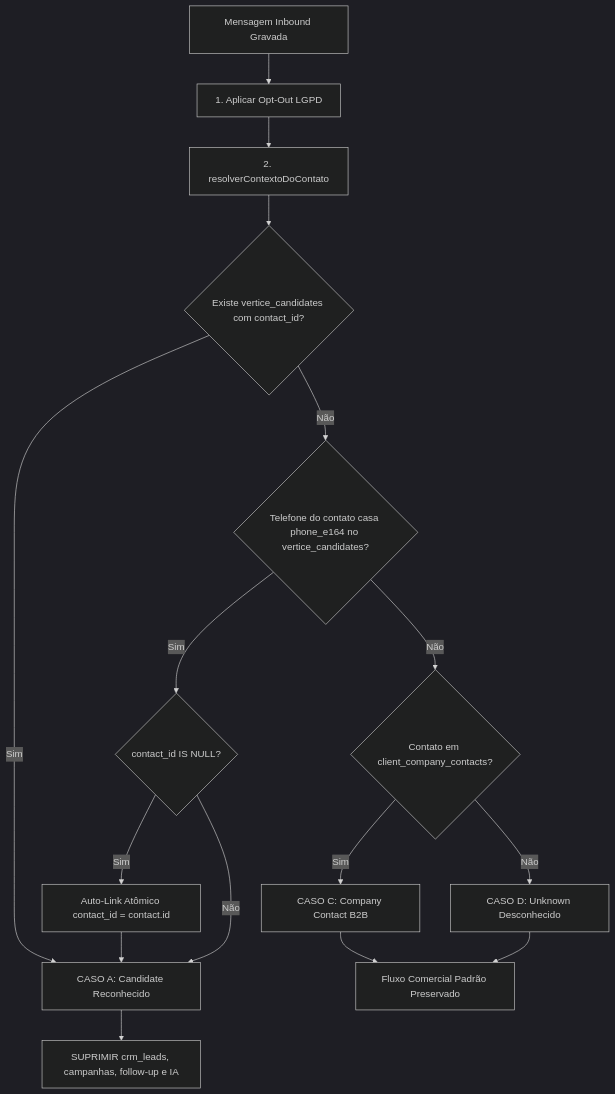
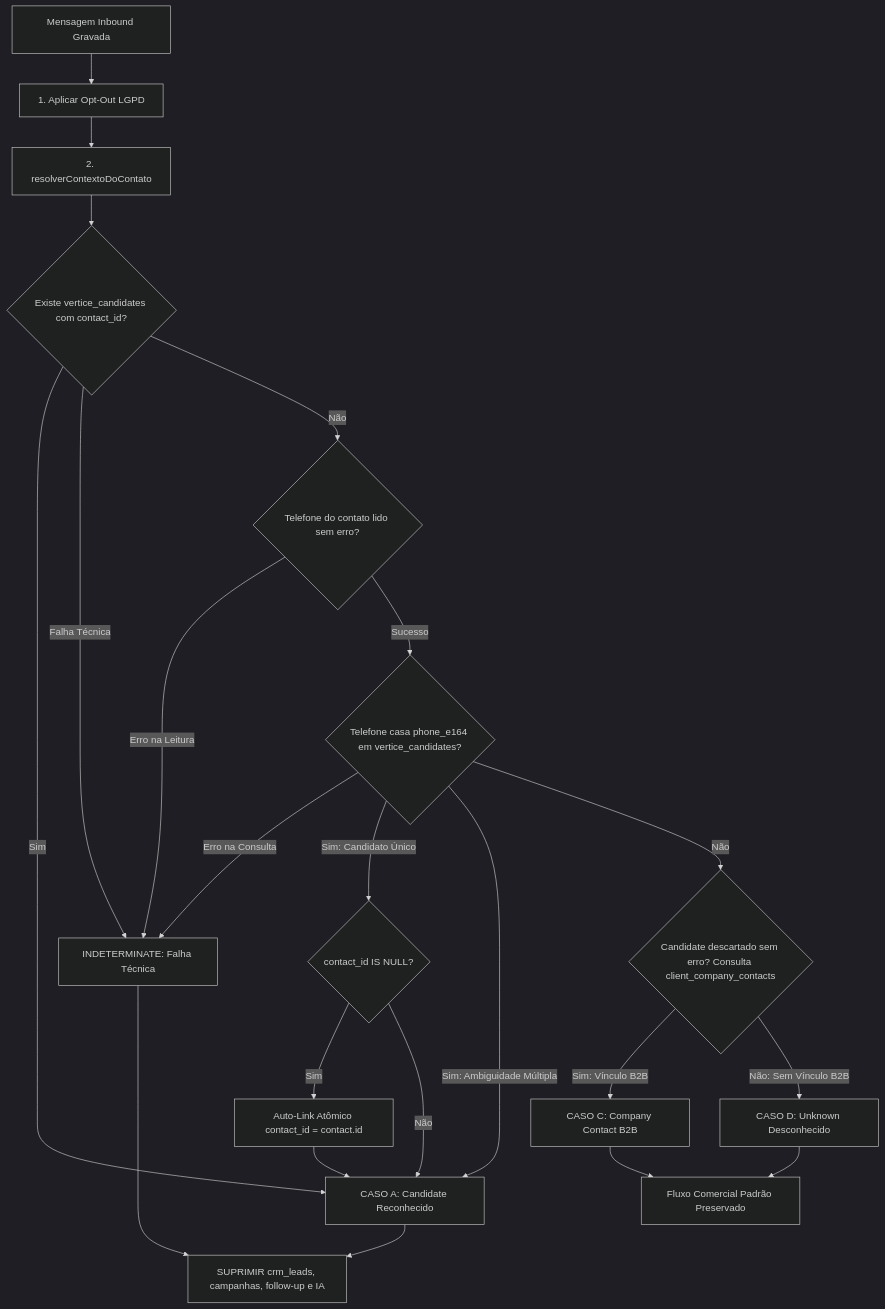
One commit to impulsyai/vertice-hub changed the diagram in docs/vertice/WHATSAPP_4_4A_CANDIDATE_ROUTING.md. Above: the diagram before and after it, drawn with Mermaid (dark theme). The commit also changed other lines of this file, not shown here.

Commit message:
docs(vertice): document indeterminate fail-closed semantics

````diff
--- a/docs/vertice/WHATSAPP_4_4A_CANDIDATE_ROUTING.md
+++ b/docs/vertice/WHATSAPP_4_4A_CANDIDATE_ROUTING.md
@@ -40,18 +64,24 @@
 ```mermaid
 flowchart TD
     A[Mensagem Inbound Gravada] --> B[1. Aplicar Opt-Out LGPD]
     B --> C[2. resolverContextoDoContato]
     C --> D{Existe vertice_candidates com contact_id?}
     D -- Sim --> E[CASO A: Candidate Reconhecido]
-    D -- Não --> F{Telefone do contato casa phone_e164 no vertice_candidates?}
-    F -- Sim --> G{contact_id IS NULL?}
-    G -- Sim --> H[Auto-Link Atômico contact_id = contact.id] --> E
-    G -- Não --> E
-    F -- Não --> I{Contato em client_company_contacts?}
-    I -- Sim --> J[CASO C: Company Contact B2B]
-    I -- Não --> K[CASO D: Unknown Desconhecido]
+    D -- Falha Técnica --> IND[INDETERMINATE: Falha Técnica]
+    D -- Não --> F{Telefone do contato lido sem erro?}
+    F -- Erro na Leitura --> IND
+    F -- Sucesso --> G{Telefone casa phone_e164 em vertice_candidates?}
+    G -- Erro na Consulta --> IND
+    G -- Sim: Candidato Único --> H{contact_id IS NULL?}
+    H -- Sim --> I[Auto-Link Atômico contact_id = contact.id] --> E
+    H -- Não --> E
+    G -- Sim: Ambiguidade Múltipla --> E
+    G -- Não --> J{Candidate descartado sem erro? Consulta client_company_contacts}
+    J -- Sim: Vínculo B2B --> K[CASO C: Company Contact B2B]
+    J -- Não: Sem Vínculo B2B --> L[CASO D: Unknown Desconhecido]
     
-    E --> L[SUPRIMIR crm_leads, campanhas, follow-up e IA]
-    J --> M[Fluxo Comercial Padrão Preservado]
-    K --> M
+    E --> SUP[SUPRIMIR crm_leads, campanhas, follow-up e IA]
+    IND --> SUP
+    K --> COM[Fluxo Comercial Padrão Preservado]
+    L --> COM
 ```
````
